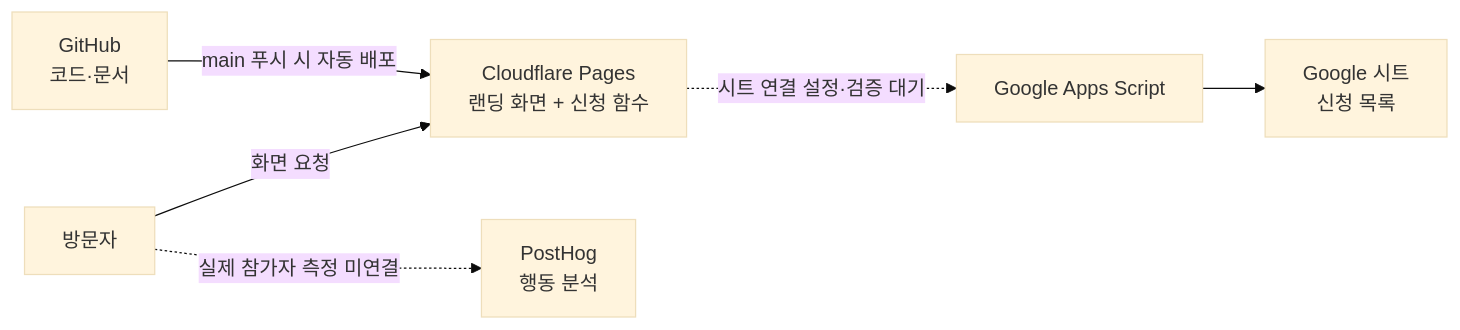
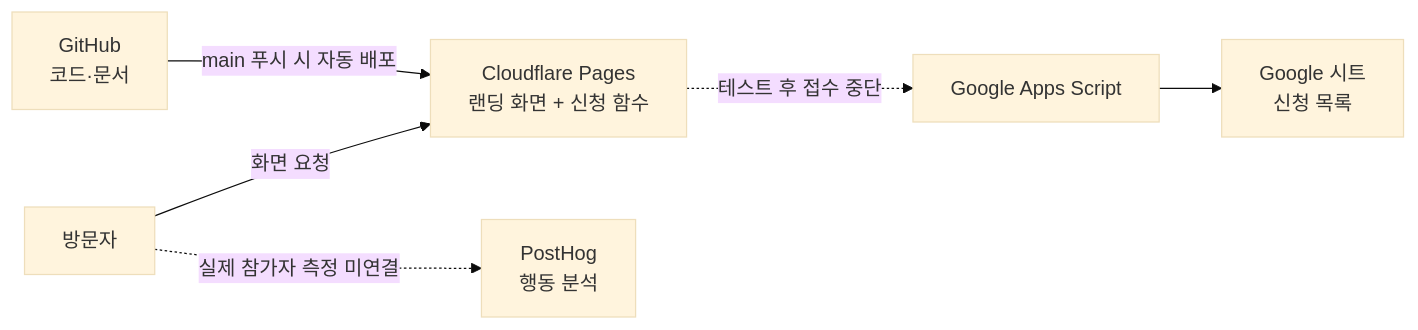
Before and after one commit to HelloMyMe-M1-2/contest-feedback-landing: the diagram in README.md, drawn with Mermaid (base theme). The commit also changed other lines of this file and 11 other files, not shown here.

````diff
--- a/README.md
+++ b/README.md
@@ -32,8 +32,8 @@
 ```mermaid
 flowchart LR
   U["방문자"] -->|화면 요청| CF["Cloudflare Pages<br/>랜딩 화면 + 신청 함수"]
   G["GitHub<br/>코드·문서"] -->|main 푸시 시 자동 배포| CF
-  CF -.->|시트 연결 설정·검증 대기| GAS["Google Apps Script"]
+  CF -.->|테스트 후 접수 중단| GAS["Google Apps Script"]
   GAS --> S["Google 시트<br/>신청 목록"]
   U -.->|실제 참가자 측정 미연결| PH["PostHog<br/>행동 분석"]
 ```
````
